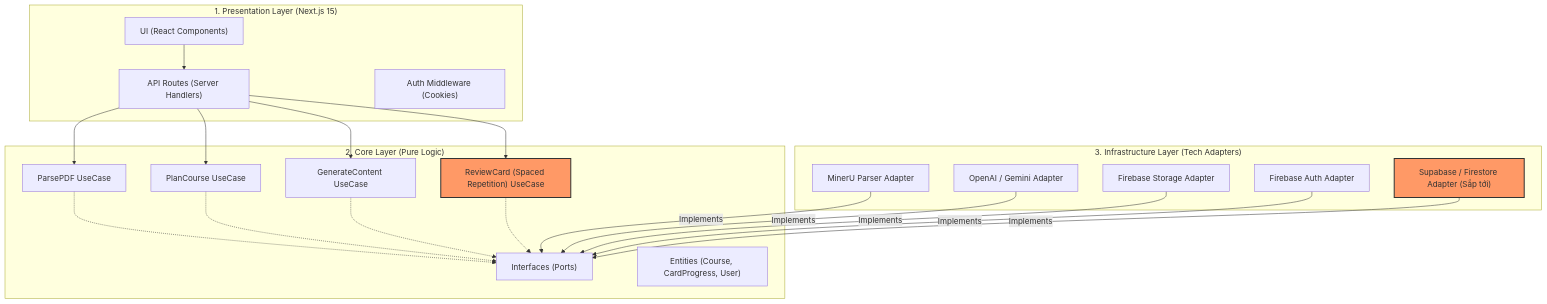
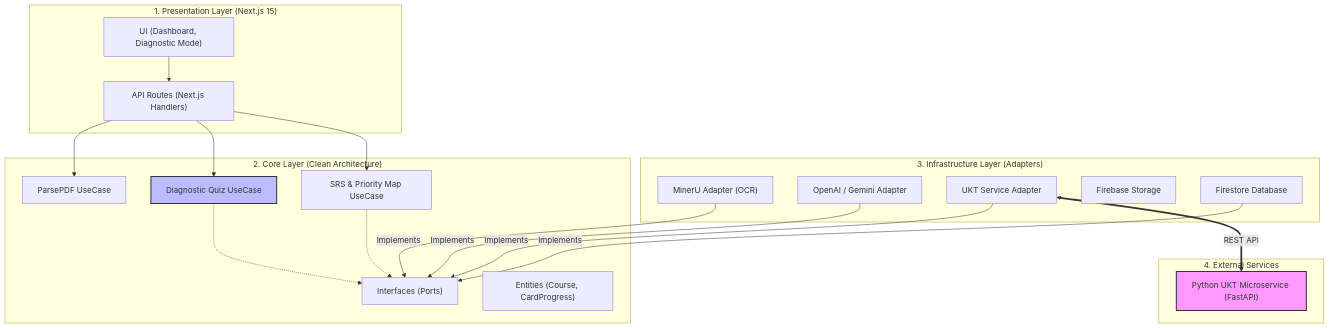
Before and after one commit to HoangLeminh17/project-vin-ai-thuc-chien: the diagram in _bmad-output/ARCHITECTURE_VISUAL.md, drawn with Mermaid. The commit also changed other lines of this file, not shown here.

Commit message:
docs: add architecture visual documentation for project structure

````diff
--- a/_bmad-output/ARCHITECTURE_VISUAL.md
+++ b/_bmad-output/ARCHITECTURE_VISUAL.md
@@ -7,47 +7,48 @@
 ```mermaid
 graph TD
     subgraph "1. Presentation Layer (Next.js 15)"
-        UI["UI (React Components)"]
-        API["API Routes (Server Handlers)"]
-        Middleware["Auth Middleware (Cookies)"]
+        UI["UI (Dashboard, Diagnostic Mode)"]
+        API["API Routes (Next.js Handlers)"]
     end
 
-    subgraph "2. Core Layer (Pure Logic)"
+    subgraph "2. Core Layer (Clean Architecture)"
         UC_Parse["ParsePDF UseCase"]
-        UC_Plan["PlanCourse UseCase"]
-        UC_GenContent["GenerateContent UseCase"]
-        UC_SR["ReviewCard (Spaced Repetition) UseCase"]
+        UC_Diagnostic["Diagnostic Quiz UseCase"]
+        UC_SR["SRS & Priority Map UseCase"]
         Ports["Interfaces (Ports)"]
-        Entities["Entities (Course, CardProgress, User)"]
+        Entities["Entities (Course, CardProgress)"]
     end
 
-    subgraph "3. Infrastructure Layer (Tech Adapters)"
-        Parser["MinerU Parser Adapter"]
+    subgraph "3. Infrastructure Layer (Adapters)"
+        Parser["MinerU Adapter (OCR)"]
         LLM["OpenAI / Gemini Adapter"]
-        Storage["Firebase Storage Adapter"]
-        Auth["Firebase Auth Adapter"]
-        DB["Supabase / Firestore Adapter (Sắp tới)"]
+        UKT_Adp["UKT Service Adapter"]
+        Storage["Firebase Storage"]
+        DB["Firestore Database"]
     end
 
-    %% Flow
+    subgraph "4. External Services"
+        UKT_Service["Python UKT Microservice (FastAPI)"]
+    end
+
+    %% Interaction Flow
     UI --> API
     API --> UC_Parse
-    API --> UC_Plan
-    API --> UC_GenContent
+    API --> UC_Diagnostic
     API --> UC_SR
 
-    UC_Parse -.-> Ports
-    UC_Plan -.-> Ports
-    UC_GenContent -.-> Ports
+    UC_Diagnostic -.-> Ports
     UC_SR -.-> Ports
 
-    %% Implementation Flow
+    %% Implementation
     Parser -- "Implements" --> Ports
     LLM -- "Implements" --> Ports
-    Storage -- "Implements" --> Ports
-    Auth -- "Implements" --> Ports
+    UKT_Adp -- "Implements" --> Ports
     DB -- "Implements" --> Ports
 
-    style UC_SR fill:#f96,stroke:#333,stroke-width:2px
-    style DB fill:#f96,stroke:#333,stroke-width:2px
+    %% Service Communication
+    UKT_Adp <== "REST API" ==> UKT_Service
+
+    style UKT_Service fill:#f9f,stroke:#333,stroke-width:2px
+    style UC_Diagnostic fill:#bbf,stroke:#333,stroke-width:2px
 ```
````
